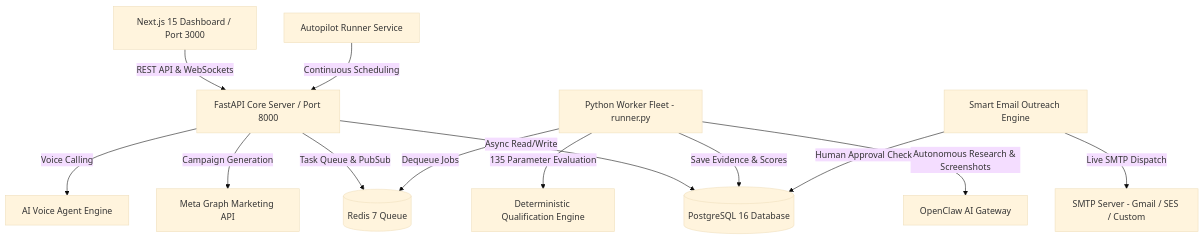
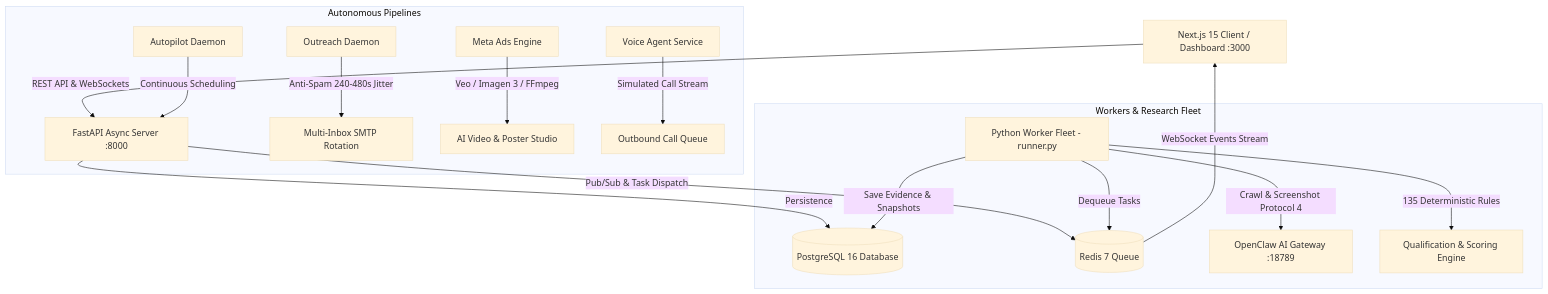
Before and after one commit to JamilKhanEmon/multi-lead-gen: the diagram in README.md, drawn with Mermaid (base theme). The commit also changed other lines of this file, not shown here.

Commit message:
docs: update README with comprehensive architecture and module guides

````diff
--- a/README.md
+++ b/README.md
@@ -32,18 +37,22 @@
 ```mermaid
 graph TD
-    Client[Next.js 15 Dashboard / Port 3000] -->|REST API & WebSockets| API[FastAPI Core Server / Port 8000]
-    API -->|Async Read/Write| DB[(PostgreSQL 16 Database)]
-    API -->|Task Queue & PubSub| Redis[(Redis 7 Queue)]
+    UI[Next.js 15 Client / Dashboard :3000] -->|REST API & WebSockets| API[FastAPI Async Server :8000]
+    API -->|Persistence| DB[(PostgreSQL 16 Database)]
+    API -->|Pub/Sub & Task Dispatch| Redis[(Redis 7 Queue)]
     
-    WorkerFleet[Python Worker Fleet - runner.py] -->|Dequeue Jobs| Redis
-    WorkerFleet -->|Autonomous Research & Screenshots| OpenClaw[OpenClaw AI Gateway]
-    WorkerFleet -->|135 Parameter Evaluation| QualEngine[Deterministic Qualification Engine]
-    WorkerFleet -->|Save Evidence & Scores| DB
-    
-    Autopilot[Autopilot Runner Service] -->|Continuous Scheduling| API
-    OutreachEngine[Smart Email Outreach Engine] -->|Human Approval Check| DB
-    OutreachEngine -->|Live SMTP Dispatch| SMTP[SMTP Server - Gmail / SES / Custom]
-    
-    API -->|Campaign Generation| Meta[Meta Graph Marketing API]
-    API -->|Voice Calling| VoiceAgent[AI Voice Agent Engine]
+    subgraph Workers & Research Fleet
+        Worker[Python Worker Fleet - runner.py] -->|Dequeue Tasks| Redis
+        Worker -->|Crawl & Screenshot Protocol 4| OpenClaw[OpenClaw AI Gateway :18789]
+        Worker -->|135 Deterministic Rules| QualEngine[Qualification & Scoring Engine]
+        Worker -->|Save Evidence & Snapshots| DB
+    end
+
+    subgraph Autonomous Pipelines
+        Autopilot[Autopilot Daemon] -->|Continuous Scheduling| API
+        OutreachDaemon[Outreach Daemon] -->|Anti-Spam 240-480s Jitter| SMTP[Multi-Inbox SMTP Rotation]
+        MetaEngine[Meta Ads Engine] -->|Veo / Imagen 3 / FFmpeg| VideoStudio[AI Video & Poster Studio]
+        VoiceService[Voice Agent Service] -->|Simulated Call Stream| VoiceQueue[Outbound Call Queue]
+    end
+
+    Redis -->|WebSocket Events Stream| UI
 ```
````
